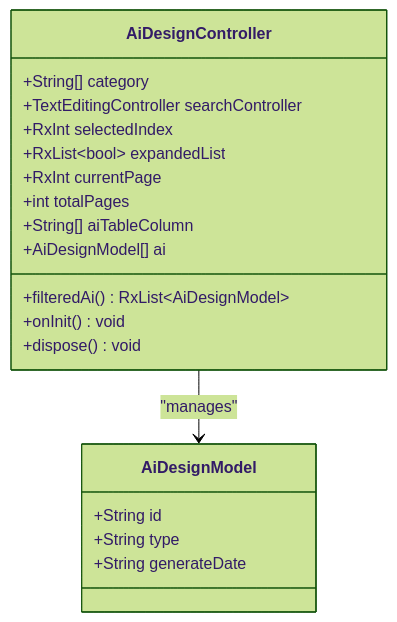
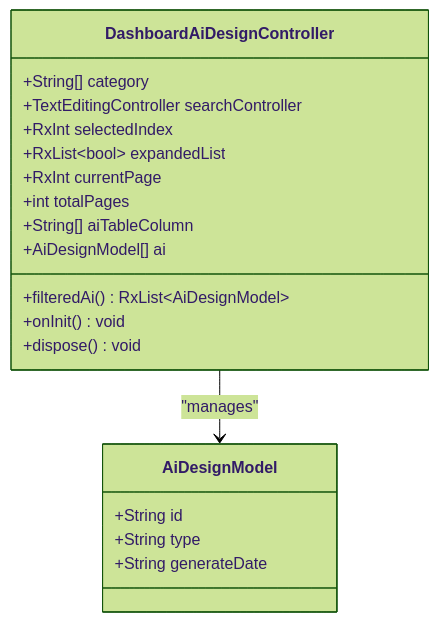
One commit to Ariful3111/FurniGo changed the third of 4 diagrams in .qoder/repowiki/en/content/Core Features/AI Design Services/AI Design Overview.md. Above: the diagram before and after it, drawn with Mermaid (forest theme). The commit also changed other lines of this file and 67 other files, not shown here.

````diff
--- a/.qoder/repowiki/en/content/Core Features/AI Design Services/AI Design Overview.md
+++ b/.qoder/repowiki/en/content/Core Features/AI Design Services/AI Design Overview.md
@@ -161,22 +200,22 @@
 ```mermaid
 classDiagram
-class AiDesignController {
+class DashboardAiDesignController {
 +String[] category
 +TextEditingController searchController
 +RxInt selectedIndex
 +RxList~bool~ expandedList
 +RxInt currentPage
 +int totalPages
 +String[] aiTableColumn
 +AiDesignModel[] ai
 +filteredAi() RxList~AiDesignModel~
 +onInit() void
 +dispose() void
 }
 class AiDesignModel {
 +String id
 +String type
 +String generateDate
 }
-AiDesignController --> AiDesignModel : "manages"
+DashboardAiDesignController --> AiDesignModel : "manages"
 ```
````
